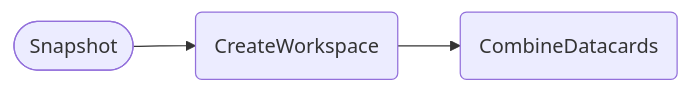
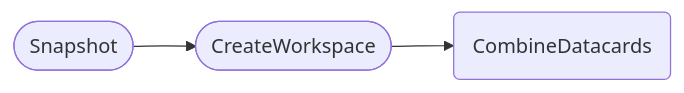
Before and after one commit to cms-hh/inference_tools: the second of 2 diagrams in docs/content/tasks/snapshot.md, drawn with Mermaid. The commit also changed other lines of this file and 8 other files, not shown here.

````diff
--- a/docs/content/tasks/snapshot.md
+++ b/docs/content/tasks/snapshot.md
@@ -39,5 +39,5 @@
 ```mermaid
     graph LR;
-    A([Snapshot]) --> B(CreateWorkspace);
+    A([Snapshot]) --> B([CreateWorkspace]);
     B --> C(CombineDatacards);
 ```
````
